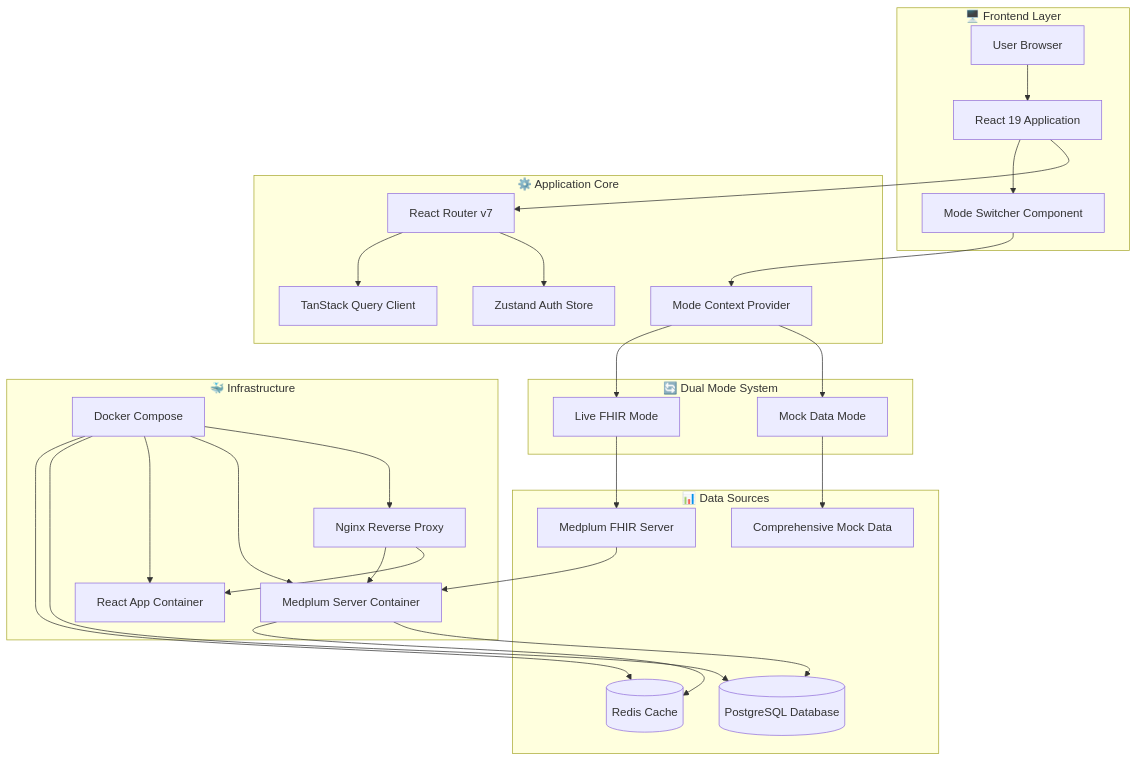
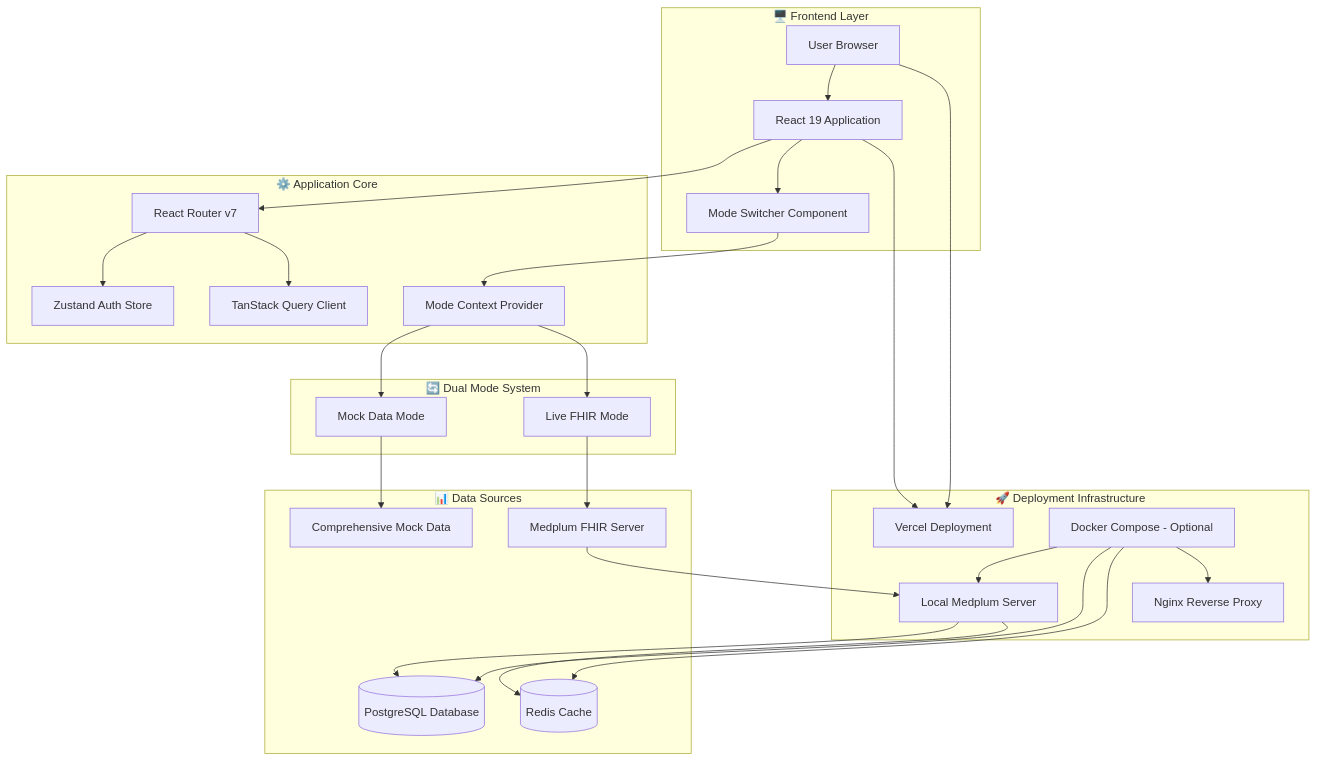
One commit to Looping69/Telehealth-System changed the first of 14 diagrams in ARCHITECTURE_DIAGRAM.md. Above: the diagram before and after it, drawn with Mermaid. The commit also changed other lines of this file and 10 other files, not shown here.

First line of the commit message:
feat: update deployment configuration and documentation for vercel

````diff
--- a/ARCHITECTURE_DIAGRAM.md
+++ b/ARCHITECTURE_DIAGRAM.md
@@ -9,66 +9,65 @@
 ```mermaid
 graph TB
     %% User Interface Layer
     subgraph "🖥️ Frontend Layer"
         Browser[User Browser]
         ReactApp[React 19 Application]
         ModeSwitch[Mode Switcher Component]
     end
     
     %% Application Core
     subgraph "⚙️ Application Core"
         Router[React Router v7]
         ModeContext[Mode Context Provider]
         AuthStore[Zustand Auth Store]
         QueryClient[TanStack Query Client]
     end
     
     %% Dual Mode System
     subgraph "🔄 Dual Mode System"
         MockMode[Mock Data Mode]
         FHIRMode[Live FHIR Mode]
     end
     
     %% Data Sources
     subgraph "📊 Data Sources"
         MockData[Comprehensive Mock Data]
         MedplumAPI[Medplum FHIR Server]
         PostgresDB[(PostgreSQL Database)]
         RedisCache[(Redis Cache)]
     end
     
     %% Infrastructure
-    subgraph "🐳 Infrastructure"
-        DockerCompose[Docker Compose]
+    subgraph "🚀 Deployment Infrastructure"
+        VercelApp[Vercel Deployment]
+        LocalMedplum[Local Medplum Server]
+        DockerCompose[Docker Compose - Optional]
         NginxProxy[Nginx Reverse Proxy]
-        MedplumServer[Medplum Server Container]
-        AppContainer[React App Container]
     end
     
     %% Connections
     Browser --> ReactApp
     ReactApp --> Router
     ReactApp --> ModeSwitch
     ModeSwitch --> ModeContext
     Router --> AuthStore
     Router --> QueryClient
     
     ModeContext --> MockMode
     ModeContext --> FHIRMode
     
     MockMode --> MockData
     FHIRMode --> MedplumAPI
     
-    MedplumAPI --> MedplumServer
-    MedplumServer --> PostgresDB
-    MedplumServer --> RedisCache
+    MedplumAPI --> LocalMedplum
+    LocalMedplum --> PostgresDB
+    LocalMedplum --> RedisCache
     
-    DockerCompose --> NginxProxy
-    DockerCompose --> MedplumServer
-    DockerCompose --> AppContainer
+    Browser --> VercelApp
+    ReactApp --> VercelApp
+    
+    DockerCompose --> LocalMedplum
     DockerCompose --> PostgresDB
     DockerCompose --> RedisCache
-    
-    NginxProxy --> AppContainer
-    NginxProxy --> MedplumServer
+    DockerCompose --> NginxProxy
 ```
````
